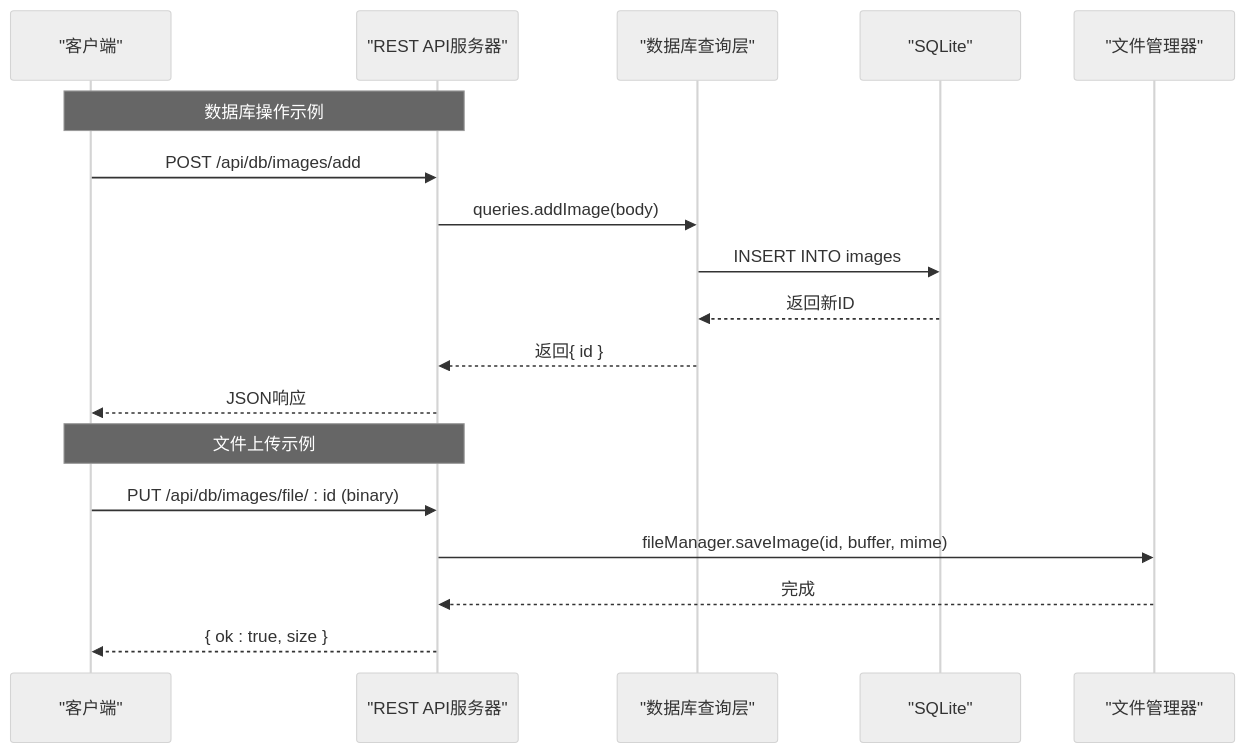
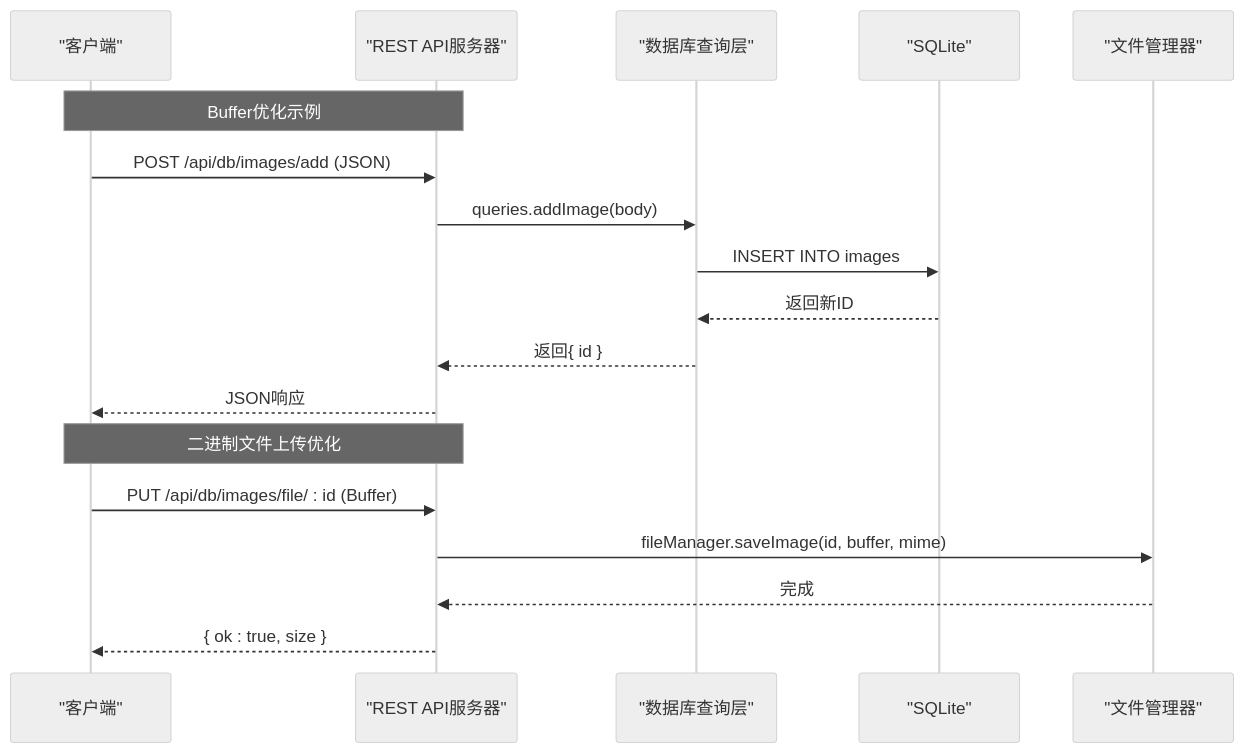
One commit to AlbusWei/AI-Image-Studio changed the sixth of 14 diagrams in .qoder/repowiki/zh/content/架构设计/Electron 桌面应用架构.md. Above: the diagram before and after it, drawn with Mermaid (neutral theme). The commit also changed other lines of this file and 26 other files, not shown here.

Commit message:
fix: 修复 Gallery 图片显示 broken image 问题

````diff
--- a/.qoder/repowiki/zh/content/架构设计/Electron 桌面应用架构.md
+++ b/.qoder/repowiki/zh/content/架构设计/Electron 桌面应用架构.md
@@ -360,20 +408,20 @@
 ```mermaid
 sequenceDiagram
 participant Client as "客户端"
 participant Server as "REST API服务器"
 participant Queries as "数据库查询层"
 participant DB as "SQLite"
 participant FS as "文件管理器"
-Note over Client,Server : 数据库操作示例
-Client->>Server : POST /api/db/images/add
+Note over Client,Server : Buffer优化示例
+Client->>Server : POST /api/db/images/add (JSON)
 Server->>Queries : queries.addImage(body)
 Queries->>DB : INSERT INTO images
 DB-->>Queries : 返回新ID
 Queries-->>Server : 返回{ id }
 Server-->>Client : JSON响应
-Note over Client,Server : 文件上传示例
-Client->>Server : PUT /api/db/images/file/ : id (binary)
+Note over Client,Server : 二进制文件上传优化
+Client->>Server : PUT /api/db/images/file/ : id (Buffer)
 Server->>FS : fileManager.saveImage(id, buffer, mime)
 FS-->>Server : 完成
 Server-->>Client : { ok : true, size }
 ```
````
